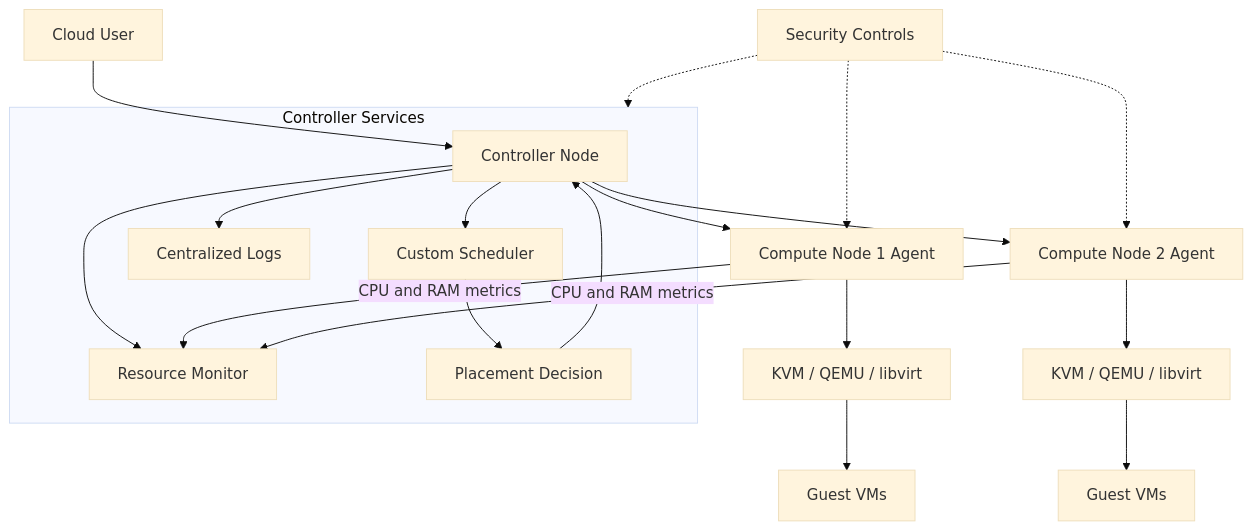
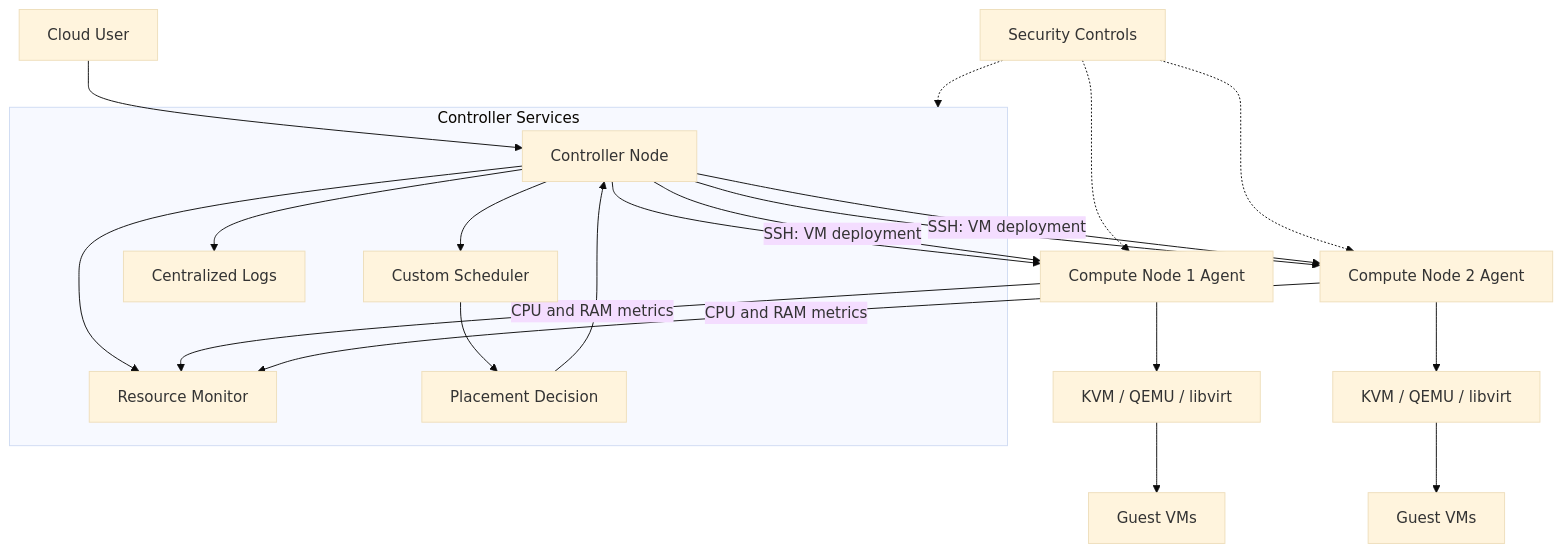
One commit to Unwritten-one/mini-cloud-infrastructure changed the diagram in architecture/system_architecture.md. Above: the diagram before and after it, drawn with Mermaid (base theme). The commit also changed 53 other files, not shown here.

````diff
--- a/architecture/system_architecture.md
+++ b/architecture/system_architecture.md
@@ -3,29 +3,32 @@
 ```mermaid
 flowchart TB
     U["Cloud User"] --> C["Controller Node"]
 
     subgraph CTRL["Controller Services"]
         C --> S["Custom Scheduler"]
         C --> M["Resource Monitor"]
         C --> L["Centralized Logs"]
         S --> P["Placement Decision"]
     end
 
     P --> C
 
     C --> A1["Compute Node 1 Agent"]
     C --> A2["Compute Node 2 Agent"]
 
+    C -->|"SSH: VM deployment"| A1
+    C -->|"SSH: VM deployment"| A2
+
     A1 --> H1["KVM / QEMU / libvirt"]
     A2 --> H2["KVM / QEMU / libvirt"]
 
     H1 --> V1["Guest VMs"]
     H2 --> V2["Guest VMs"]
 
     A1 -->|"CPU and RAM metrics"| M
     A2 -->|"CPU and RAM metrics"| M
 
     SEC["Security Controls"] -.-> CTRL
     SEC -.-> A1
     SEC -.-> A2
 ```
````
